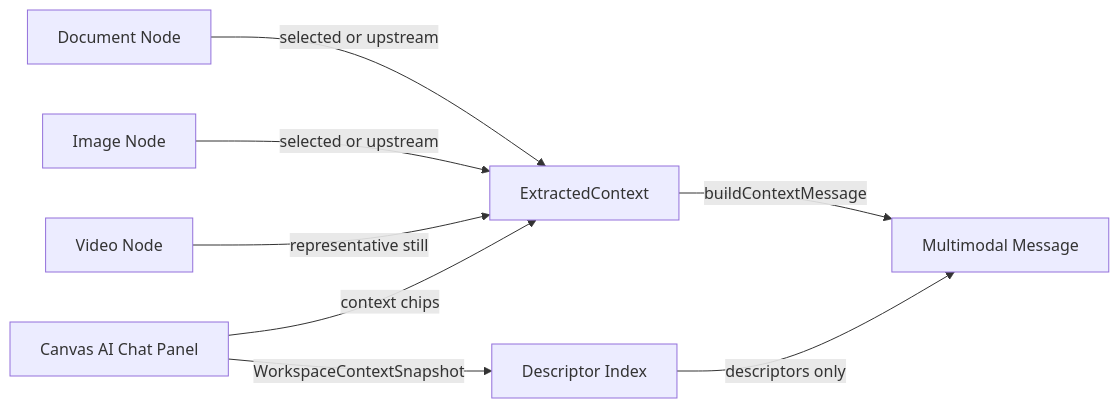
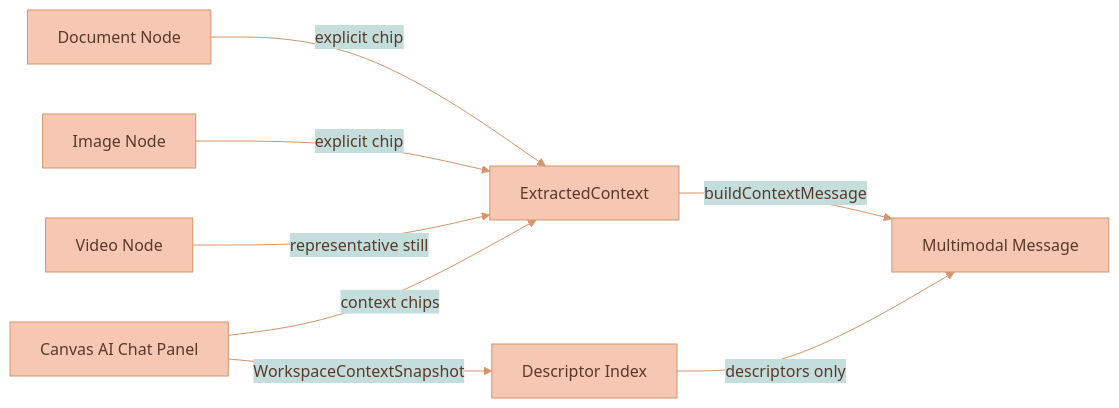
The second of 3 diagrams in services/web-ui/src/infographics/workspace/README.md (Lixpi/lixpi), drawn with Mermaid before and after one commit. The commit also changed other lines of this file and 36 other files, not shown here.

````diff
--- a/services/web-ui/src/infographics/workspace/README.md
+++ b/services/web-ui/src/infographics/workspace/README.md
@@ -364,10 +366,11 @@
 ```mermaid
+%%{init: {'theme': 'base', 'themeVariables': { 'primaryColor': '#F6C7B3', 'primaryTextColor': '#5a3a2a', 'primaryBorderColor': '#d4956a', 'secondaryColor': '#C3DEDD', 'secondaryTextColor': '#1a3a47', 'secondaryBorderColor': '#4a8a9d', 'tertiaryColor': '#DCECE9', 'tertiaryTextColor': '#1a3a47', 'tertiaryBorderColor': '#82B2C0', 'lineColor': '#d4956a', 'textColor': '#5a3a2a'}}}%%
 flowchart LR
-    DOC[Document Node] -->|selected or upstream| CTX[ExtractedContext]
-    IMG[Image Node] -->|selected or upstream| CTX
+    DOC[Document Node] -->|explicit chip| CTX[ExtractedContext]
+    IMG[Image Node] -->|explicit chip| CTX
     VID[Video Node] -->|representative still| CTX
     CHAT[Canvas AI Chat Panel] -->|context chips| CTX
     CHAT -->|WorkspaceContextSnapshot| SNAP[Descriptor Index]
     CTX -->|buildContextMessage| MSG[Multimodal Message]
     SNAP -->|descriptors only| MSG
 ```
````
